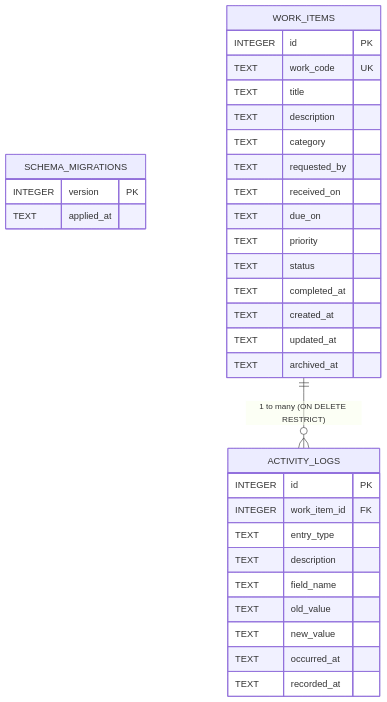
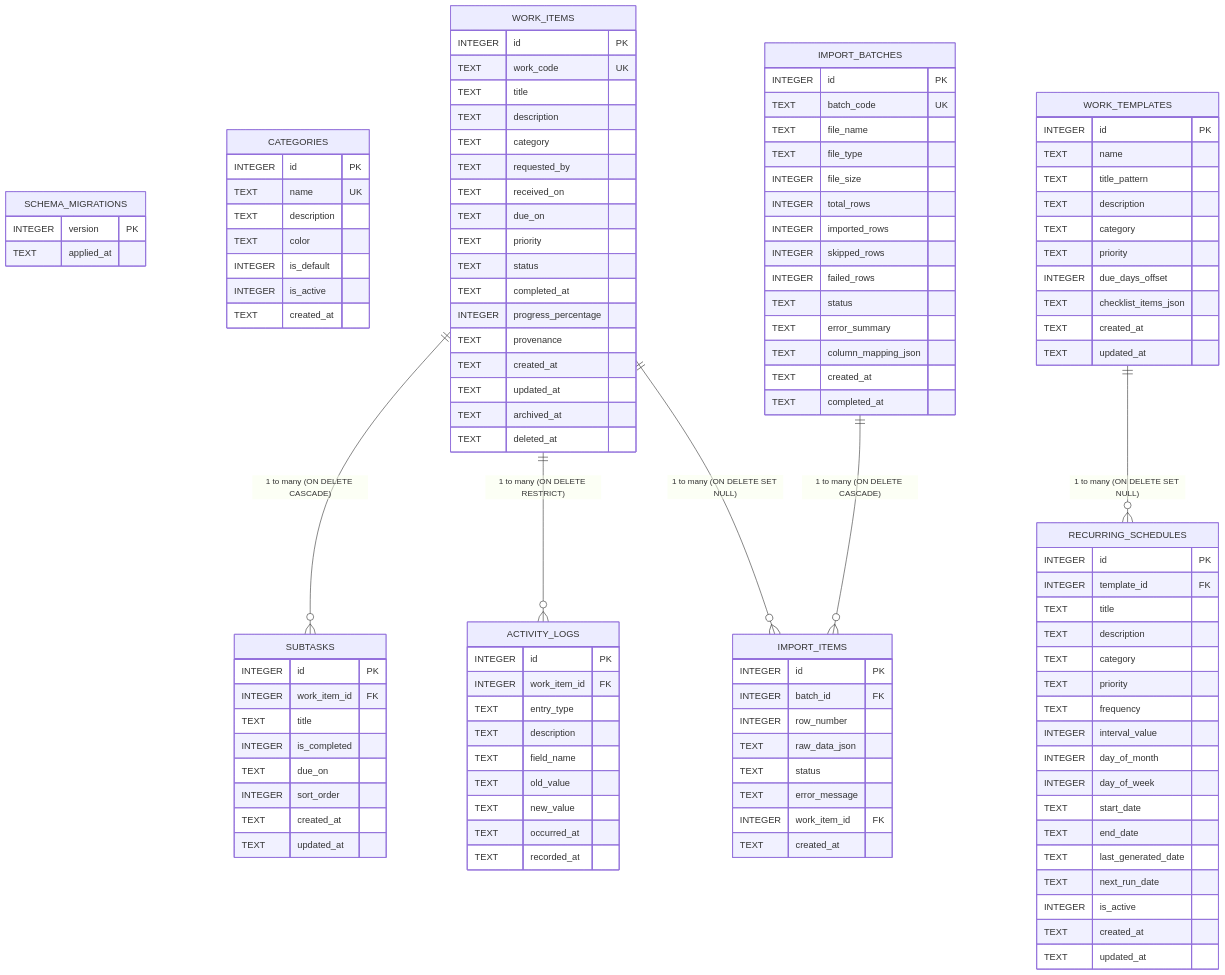
The diagram in docs/DATABASE.md (shotlord/ComplianceWorkspace), drawn with Mermaid before and after one commit. The commit also changed other lines of this file and 18 other files, not shown here.

````diff
--- a/docs/DATABASE.md
+++ b/docs/DATABASE.md
@@ -33,6 +33,16 @@
     SCHEMA_MIGRATIONS {
         INTEGER version PK
         TEXT applied_at
+    }
+
+    CATEGORIES {
+        INTEGER id PK
+        TEXT name UK
+        TEXT description
+        TEXT color
+        INTEGER is_default
+        INTEGER is_active
+        TEXT created_at
     }
 
     WORK_ITEMS {
@@ -47,9 +57,23 @@
         TEXT priority
         TEXT status
         TEXT completed_at
+        INTEGER progress_percentage
+        TEXT provenance
         TEXT created_at
         TEXT updated_at
         TEXT archived_at
+        TEXT deleted_at
+    }
+
+    SUBTASKS {
+        INTEGER id PK
+        INTEGER work_item_id FK
+        TEXT title
+        INTEGER is_completed
+        TEXT due_on
+        INTEGER sort_order
+        TEXT created_at
+        TEXT updated_at
     }
 
     ACTIVITY_LOGS {
@@ -64,5 +88,70 @@
         TEXT recorded_at
     }
 
+    WORK_TEMPLATES {
+        INTEGER id PK
+        TEXT name
+        TEXT title_pattern
+        TEXT description
+        TEXT category
+        TEXT priority
+        INTEGER due_days_offset
+        TEXT checklist_items_json
+        TEXT created_at
+        TEXT updated_at
+    }
+
+    RECURRING_SCHEDULES {
+        INTEGER id PK
+        INTEGER template_id FK
+        TEXT title
+        TEXT description
+        TEXT category
+        TEXT priority
+        TEXT frequency
+        INTEGER interval_value
+        INTEGER day_of_month
+        INTEGER day_of_week
+        TEXT start_date
+        TEXT end_date
+        TEXT last_generated_date
+        TEXT next_run_date
+        INTEGER is_active
+        TEXT created_at
+        TEXT updated_at
+    }
+
+    IMPORT_BATCHES {
+        INTEGER id PK
+        TEXT batch_code UK
+        TEXT file_name
+        TEXT file_type
+        INTEGER file_size
+        INTEGER total_rows
+        INTEGER imported_rows
+        INTEGER skipped_rows
+        INTEGER failed_rows
+        TEXT status
+        TEXT error_summary
+        TEXT column_mapping_json
+        TEXT created_at
+        TEXT completed_at
+    }
+
+    IMPORT_ITEMS {
+        INTEGER id PK
+        INTEGER batch_id FK
+        INTEGER row_number
+        TEXT raw_data_json
+        TEXT status
+        TEXT error_message
+        INTEGER work_item_id FK
+        TEXT created_at
+    }
+
+    WORK_ITEMS ||--o{ SUBTASKS : "1 to many (ON DELETE CASCADE)"
     WORK_ITEMS ||--o{ ACTIVITY_LOGS : "1 to many (ON DELETE RESTRICT)"
+    WORK_TEMPLATES ||--o{ RECURRING_SCHEDULES : "1 to many (ON DELETE SET NULL)"
+    IMPORT_BATCHES ||--o{ IMPORT_ITEMS : "1 to many (ON DELETE CASCADE)"
+    WORK_ITEMS ||--o{ IMPORT_ITEMS : "1 to many (ON DELETE SET NULL)"
 ```
````
